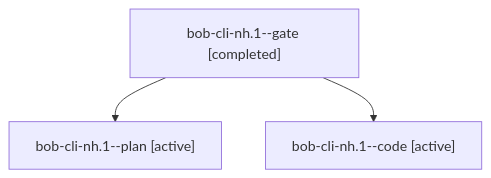
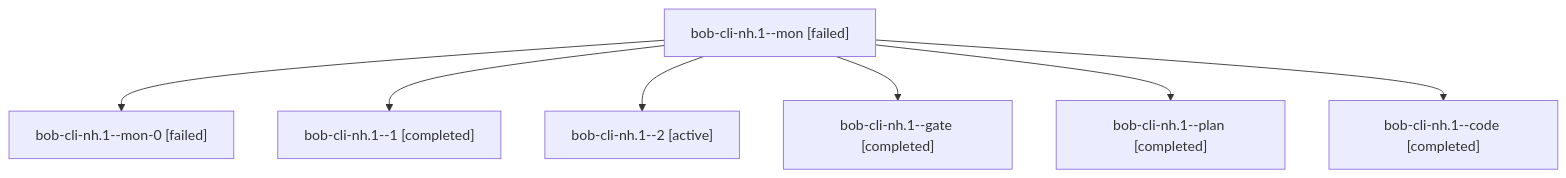
One commit to bobs-org/bob-cli--agents changed the diagram in sessions/bbugyi200.athena.bob-cli-nh.1.md. Above: the diagram before and after it, drawn with Mermaid. The commit also changed other lines of this file and 80 other files, not shown here.

````diff
--- a/sessions/bbugyi200.athena.bob-cli-nh.1.md
+++ b/sessions/bbugyi200.athena.bob-cli-nh.1.md
@@ -9,8 +9,16 @@
 ```mermaid
 flowchart TD
-  n0["bob-cli-nh.1--gate [completed]"]
-  n1["bob-cli-nh.1--plan [active]"]
+  n0["bob-cli-nh.1--mon [failed]"]
+  n1["bob-cli-nh.1--mon-0 [failed]"]
   n0 --> n1
-  n2["bob-cli-nh.1--code [active]"]
+  n2["bob-cli-nh.1--1 [completed]"]
   n0 --> n2
+  n3["bob-cli-nh.1--2 [active]"]
+  n0 --> n3
+  n4["bob-cli-nh.1--gate [completed]"]
+  n0 --> n4
+  n5["bob-cli-nh.1--plan [completed]"]
+  n0 --> n5
+  n6["bob-cli-nh.1--code [completed]"]
+  n0 --> n6
 ```
````
